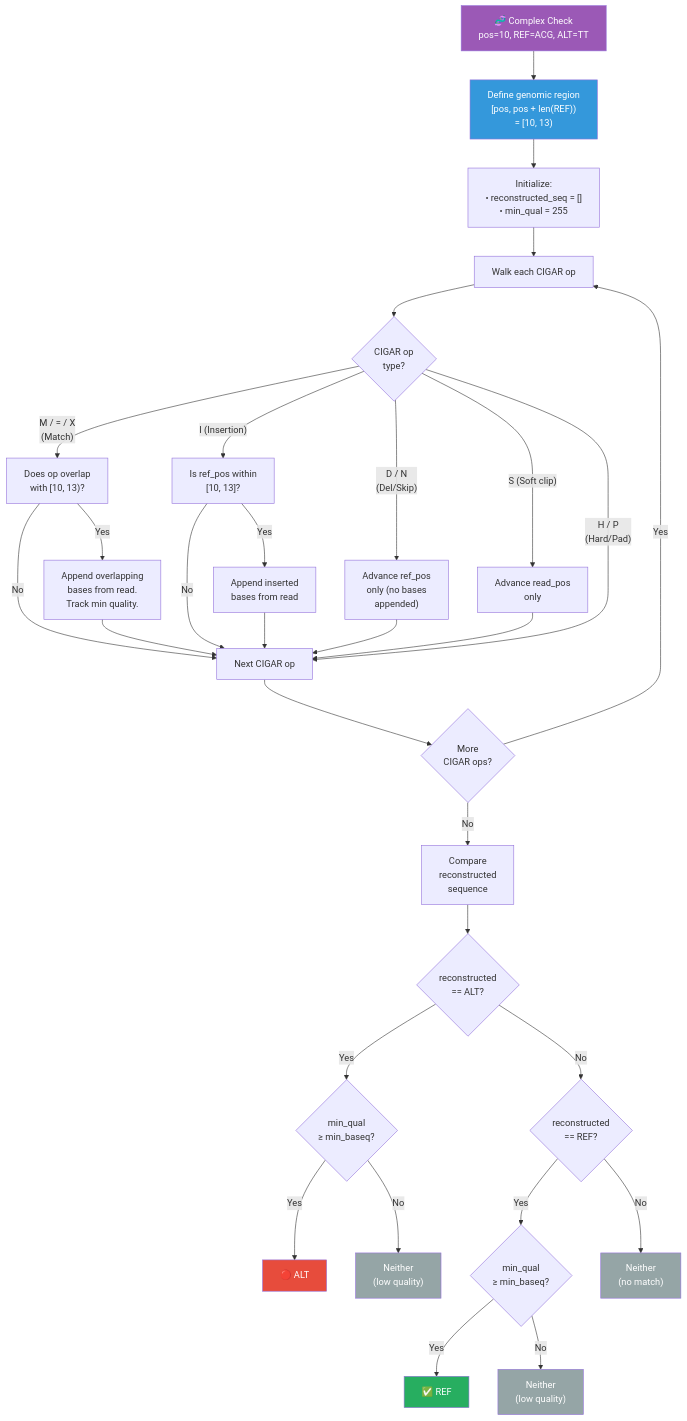
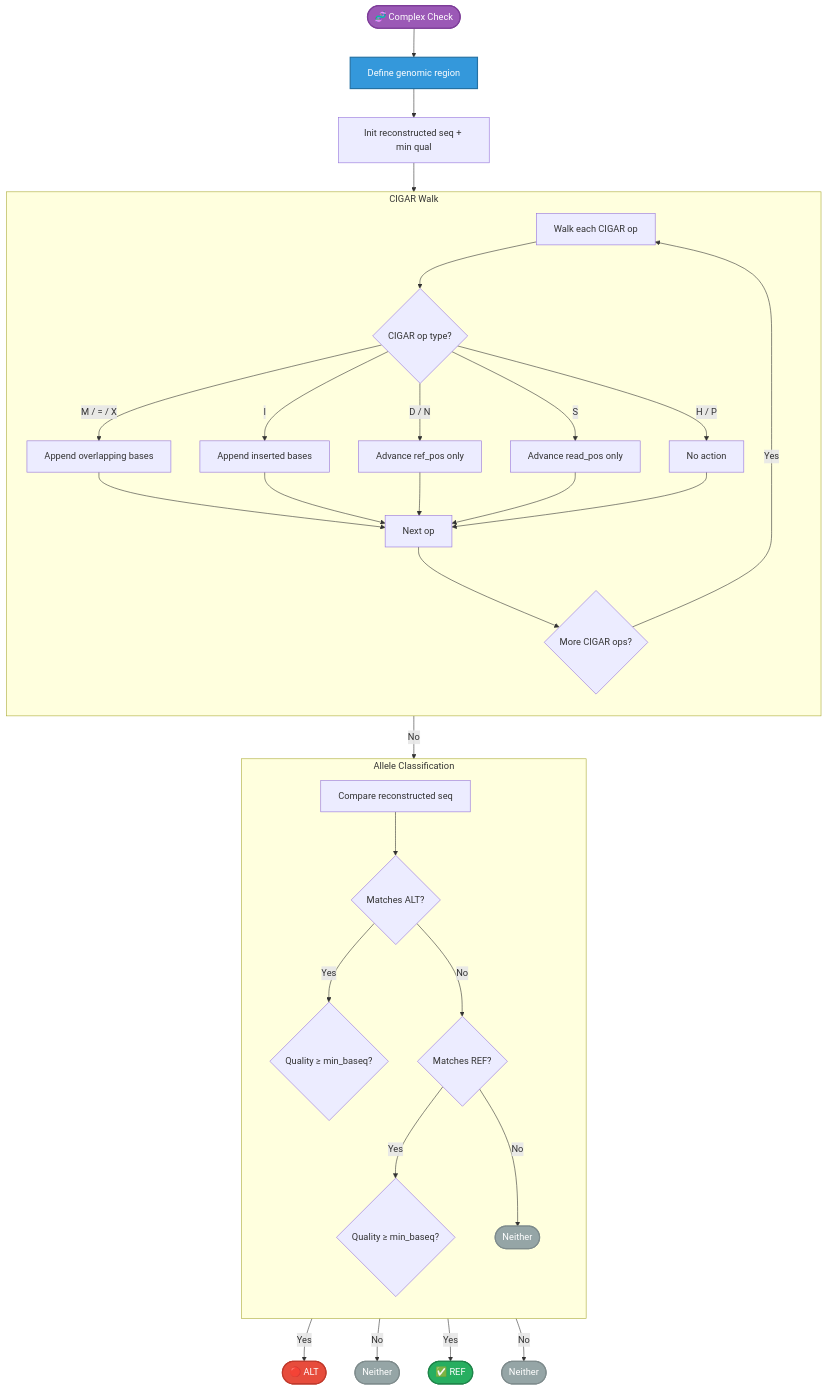
One commit to msk-access/py-gbcms changed the seventh of 10 diagrams in docs/reference/variant-counting.md. Above: the diagram before and after it, drawn with Mermaid. The commit also changed other lines of this file and 2 other files, not shown here.

````diff
--- a/docs/reference/variant-counting.md
+++ b/docs/reference/variant-counting.md
@@ -350,48 +372,48 @@
 ```mermaid
 flowchart TD
-    Start["🧬 Complex Check\npos=10, REF=ACG, ALT=TT"] --> Region["Define genomic region\n[pos, pos + len(REF))\n= [10, 13)"]
-    Region --> Init["Initialize:\n• reconstructed_seq = []\n• min_qual = 255"]
-    Init --> Walk["Walk each CIGAR op"]
-    Walk --> OpType{"CIGAR op\ntype?"}
+    Start([🧬 Complex Check]):::start --> Region[Define genomic region]:::info
+    Region --> Init[Init reconstructed seq + min qual]
 
-    OpType -->|"M / = / X\n(Match)"| Match["Does op overlap\nwith [10, 13)?"]
-    Match -->|Yes| AppendM["Append overlapping\nbases from read.\nTrack min quality."]
-    Match -->|No| Next["Next CIGAR op"]
-    AppendM --> Next
+    subgraph CIGARWalk [CIGAR Walk]
+        direction TB
+        Walk[Walk each CIGAR op]
+        OpType{CIGAR op type?}
+        Walk --> OpType
+        OpType -->|"M / = / X"| Match[Append overlapping bases]
+        OpType -->|"I"| InsCheck[Append inserted bases]
+        OpType -->|"D / N"| AdvRef[Advance ref_pos only]
+        OpType -->|"S"| AdvRead[Advance read_pos only]
+        OpType -->|"H / P"| Skip[No action]
+        Match --> Next[Next op]
+        InsCheck --> Next
+        AdvRef --> Next
+        AdvRead --> Next
+        Skip --> Next
+        Next --> More{More CIGAR ops?}
+        More -->|Yes| Walk
+    end
 
-    OpType -->|"I (Insertion)"| InsCheck["Is ref_pos within\n[10, 13]?"]
-    InsCheck -->|Yes| AppendI["Append inserted\nbases from read"]
-    InsCheck -->|No| Next
-    AppendI --> Next
+    Init --> Walk
+    More -->|No| Compare
 
-    OpType -->|"D / N\n(Del/Skip)"| AdvRef["Advance ref_pos\nonly (no bases\nappended)"]
-    AdvRef --> Next
+    subgraph Classify [Allele Classification]
+        direction TB
+        Compare[Compare reconstructed seq]
+        Compare --> CmpAlt{Matches ALT?}
+        CmpAlt -->|Yes| QualA{Quality ≥ min_baseq?}
+        CmpAlt -->|No| CmpRef{Matches REF?}
+        CmpRef -->|Yes| QualR{Quality ≥ min_baseq?}
+        CmpRef -->|No| Neither3([Neither]):::neither
+    end
 
-    OpType -->|"S (Soft clip)"| AdvRead["Advance read_pos\nonly"]
-    AdvRead --> Next
+    QualA -->|Yes| Alt([🔴 ALT]):::alt
+    QualA -->|No| Neither1([Neither]):::neither
+    QualR -->|Yes| Ref([✅ REF]):::ref
+    QualR -->|No| Neither2([Neither]):::neither
 
-    OpType -->|"H / P\n(Hard/Pad)"| Next
-
-    Next --> More{"More\nCIGAR ops?"}
-    More -->|Yes| Walk
-    More -->|No| Compare["Compare\nreconstructed\nsequence"]
-
-    Compare --> CmpAlt{"reconstructed\n== ALT?"}
-    CmpAlt -->|Yes| QualA{"min_qual\n≥ min_baseq?"}
-    QualA -->|Yes| Alt["🔴 ALT"]
-    QualA -->|No| Neither["Neither\n(low quality)"]
-
-    CmpAlt -->|No| CmpRef{"reconstructed\n== REF?"}
-    CmpRef -->|Yes| QualR{"min_qual\n≥ min_baseq?"}
-    QualR -->|Yes| Ref["✅ REF"]
-    QualR -->|No| Neither2["Neither\n(low quality)"]
-    CmpRef -->|No| Neither3["Neither\n(no match)"]
-
-    style Start fill:#9b59b6,color:#fff
-    style Region fill:#3498db,color:#fff
-    style Ref fill:#27ae60,color:#fff
-    style Alt fill:#e74c3c,color:#fff
-    style Neither fill:#95a5a6,color:#fff
-    style Neither2 fill:#95a5a6,color:#fff
-    style Neither3 fill:#95a5a6,color:#fff
+    classDef start fill:#9b59b6,color:#fff,stroke:#7d3c98,stroke-width:2px;
+    classDef info fill:#3498db,color:#fff,stroke:#2471a3,stroke-width:2px;
+    classDef ref fill:#27ae60,color:#fff,stroke:#1e8449,stroke-width:2px;
+    classDef alt fill:#e74c3c,color:#fff,stroke:#c0392b,stroke-width:2px;
+    classDef neither fill:#95a5a6,color:#fff,stroke:#7f8c8d,stroke-width:2px;
 ```
````
